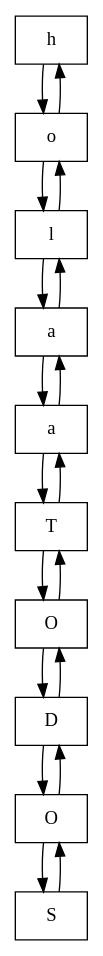
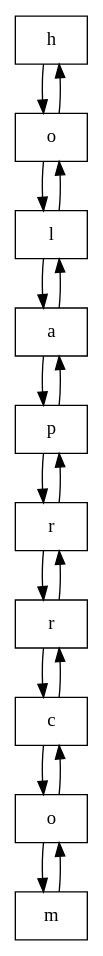
One commit to RonaldOrdonez/EDD_1S2020_P1_201314564 changed the diagram in listaCaracteres.dot. Above: the diagram before and after it, drawn with Graphviz. The commit also changed 5 other files, not shown here.

```diff
--- a/listaCaracteres.dot
+++ b/listaCaracteres.dot
@@ -1,31 +1,31 @@
 digraph caracteres{ 
 node[shape=record]; 
 node0[label=h];
 node0->node1;
 node1->node0;
 node1[label=o];
 node1->node2;
 node2->node1;
 node2[label=l];
 node2->node3;
 node3->node2;
 node3[label=a];
 node3->node4;
 node4->node3;
-node4[label=a];
+node4[label=p];
 node4->node5;
 node5->node4;
-node5[label=T];
+node5[label=r];
 node5->node6;
 node6->node5;
-node6[label=O];
+node6[label=r];
 node6->node7;
 node7->node6;
-node7[label=D];
+node7[label=c];
 node7->node8;
 node8->node7;
-node8[label=O];
+node8[label=o];
 node8->node9;
 node9->node8;
-node9[label=S];
+node9[label=m];
 }
```
